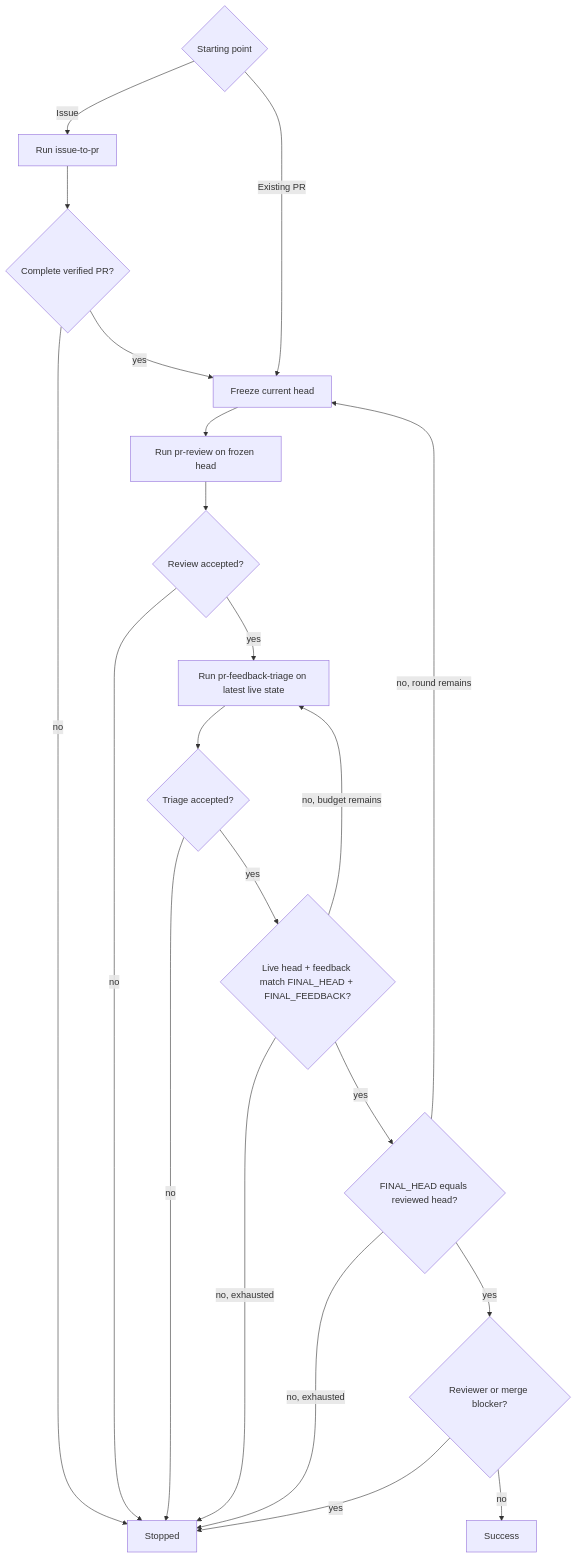
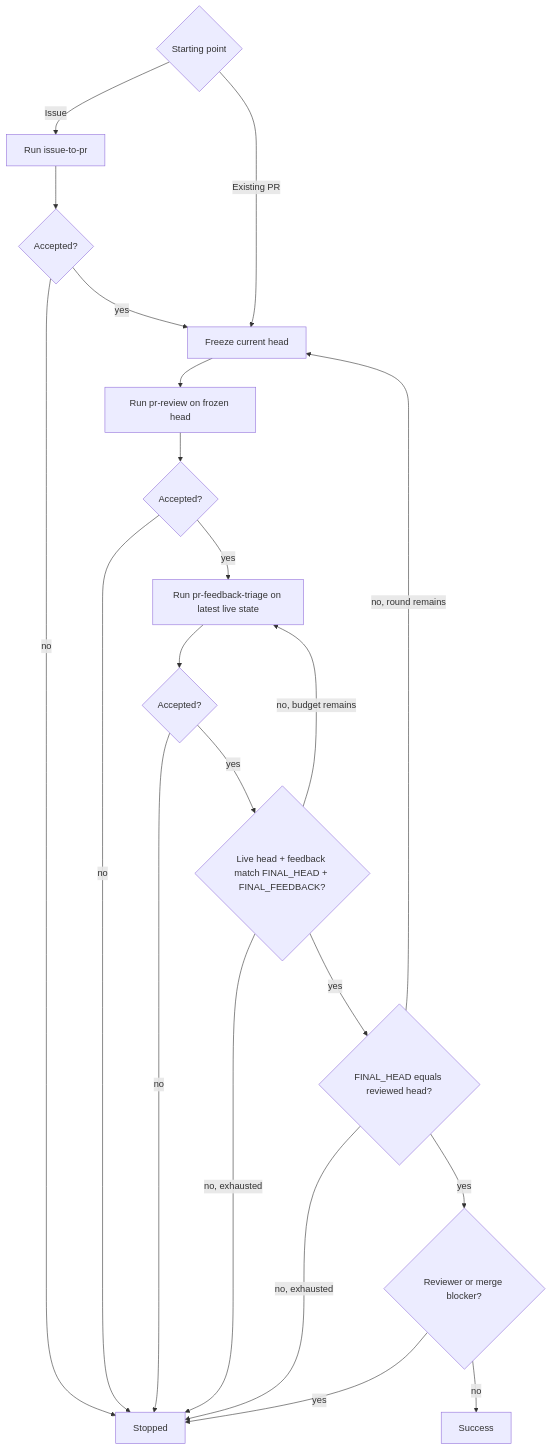
Before and after one commit to dceoy/pr-loop: the diagram in skills/pr-loop/SKILL.md, drawn with Mermaid. The commit also changed other lines of this file, not shown here.

````diff
--- a/skills/pr-loop/SKILL.md
+++ b/skills/pr-loop/SKILL.md
@@ -48,23 +34,23 @@
 ```mermaid
 flowchart TD
   S{Starting point} -->|Issue| I[Run issue-to-pr]
   S -->|Existing PR| A[Freeze current head]
-  I --> J{Complete verified PR?}
+  I --> J{Accepted?}
   J -->|no| X[Stopped]
   J -->|yes| A
   A --> B[Run pr-review on frozen head]
-  B --> C{Review accepted?}
+  B --> C{Accepted?}
   C -->|no| X
   C -->|yes| D[Run pr-feedback-triage on latest live state]
-  D --> E{Triage accepted?}
+  D --> E{Accepted?}
   E -->|no| X
   E -->|yes| F{Live head + feedback match FINAL_HEAD + FINAL_FEEDBACK?}
   F -->|no, budget remains| D
   F -->|no, exhausted| X
   F -->|yes| G{FINAL_HEAD equals reviewed head?}
   G -->|no, round remains| A
   G -->|no, exhausted| X
   G -->|yes| H{Reviewer or merge blocker?}
   H -->|yes| X
   H -->|no| Y[Success]
 ```
````
